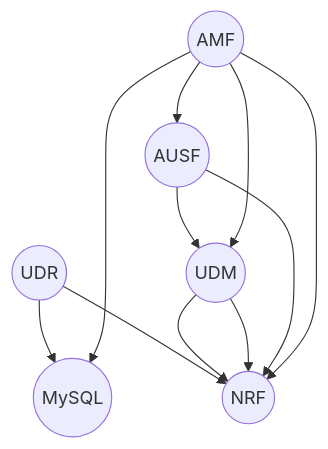
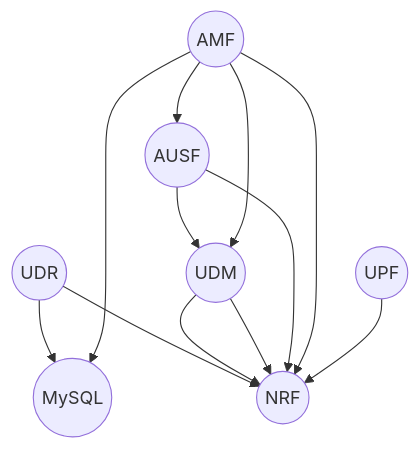
Before and after one commit to gruyaume/charmed-oai-5g: the diagram in docs/reference/model.md, drawn with Mermaid. The commit also changed other lines of this file and 2 other files, not shown here.

Commit message:
Adds UPF to model

````diff
--- a/docs/reference/model.md
+++ b/docs/reference/model.md
@@ -3,13 +3,14 @@
 ```mermaid
 flowchart TD;
       udr((UDR))-->mysql((MySQL))
       udr((UDR))-->nrf((NRF))
       udm((UDM))-->nrf((NRF))
       udm((UDM))-->nrf((NRF))
       ausf((AUSF))-->nrf((NRF))
       ausf((AUSF))-->udm((UDM))
       amf((AMF))-->mysql((MySQL))
       amf((AMF))-->nrf((NRF))
       amf((AMF))-->udm((UDM))
       amf((AMF))-->ausf((AUSF))
+      upf((UPF))-->nrf((NRF))
 ```
````
